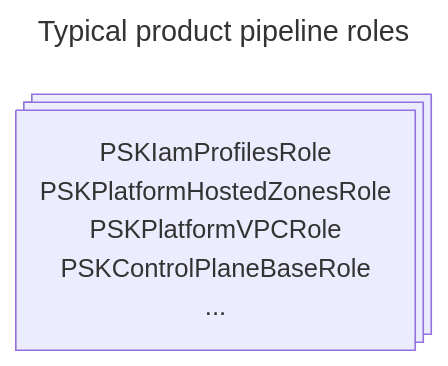
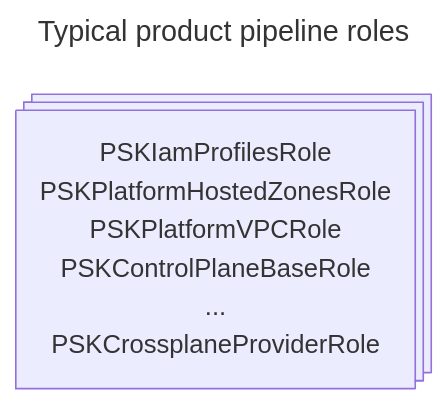
Before and after one commit to twplatformlabs/psk-aws-iam-profiles: the second of 3 diagrams in README.md, drawn with Mermaid. The commit also changed other lines of this file and 2 other files, not shown here.

Commit message:
[nc] add role for crossplane operator

````diff
--- a/README.md
+++ b/README.md
@@ -58,12 +58,13 @@
 ```mermaid
 ---
 title: Typical product pipeline roles
 ---
 flowchart LR
 
     A@{ shape: processes, label: "PSKIamProfilesRole
                                   PSKPlatformHostedZonesRole
                                   PSKPlatformVPCRole
                                   PSKControlPlaneBaseRole
-                                  ..." }
+                                  ...
+                                  PSKCrossplaneProviderRole" }
 ```
````
